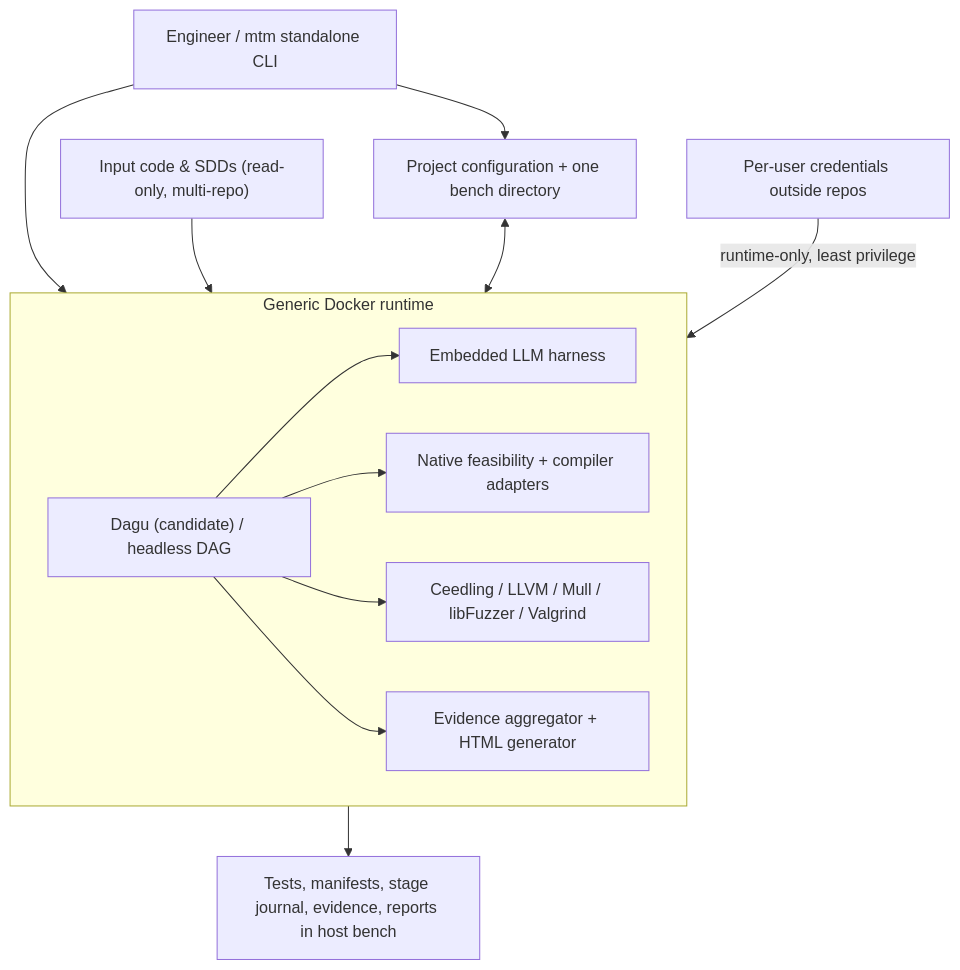
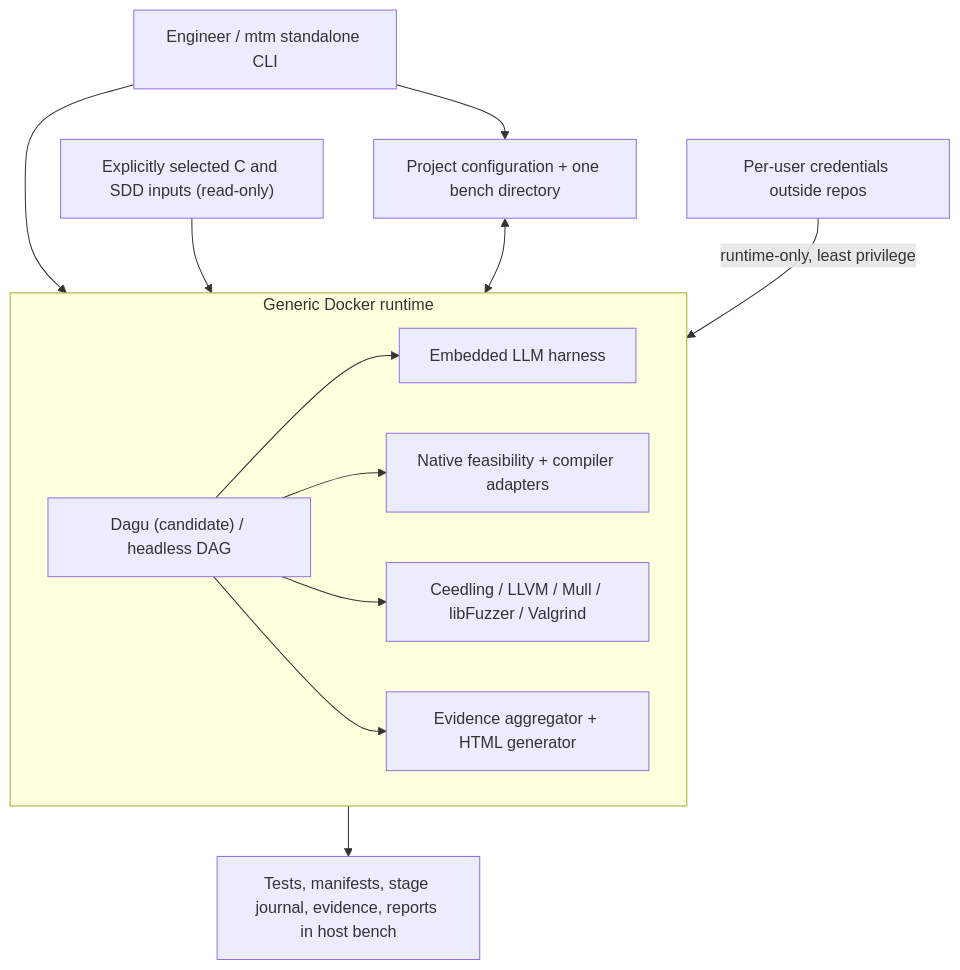
Before and after one commit to aradenac/utest-machinery: the first of 3 diagrams in docs/architecture/architecture.md, drawn with Mermaid. The commit also changed other lines of this file, not shown here.

Commit message:
docs: audit CLI, diagrams and verification requirements

````diff
--- a/docs/architecture/architecture.md
+++ b/docs/architecture/architecture.md
@@ -7,20 +7,20 @@
 ```mermaid
 flowchart TB
   U["Engineer / mtm standalone CLI"] --> C["Project configuration + one bench directory"]
-  U --> D["Reusable Docker image"]
-  I["Input code & SDDs (read-only, multi-repo)"] --> D
+  U --> D
+  I["Explicitly selected C and SDD inputs (read-only)"] --> D
   C <--> D
   S["Per-user credentials outside repos"] -->|runtime-only, least privilege| D
   subgraph D["Generic Docker runtime"]
     W["Dagu (candidate) / headless DAG"]
     L["Embedded LLM harness"]
     A["Native feasibility + compiler adapters"]
     T["Ceedling / LLVM / Mull / libFuzzer / Valgrind"]
     R["Evidence aggregator + HTML generator"]
     W --> L
     W --> A
     W --> T
     W --> R
   end
   D --> O["Tests, manifests, stage journal, evidence, reports in host bench"]
 ```
````
